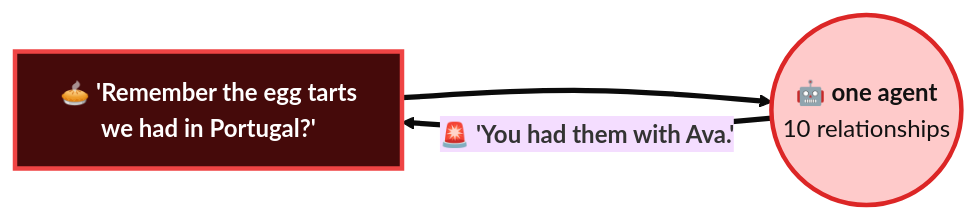
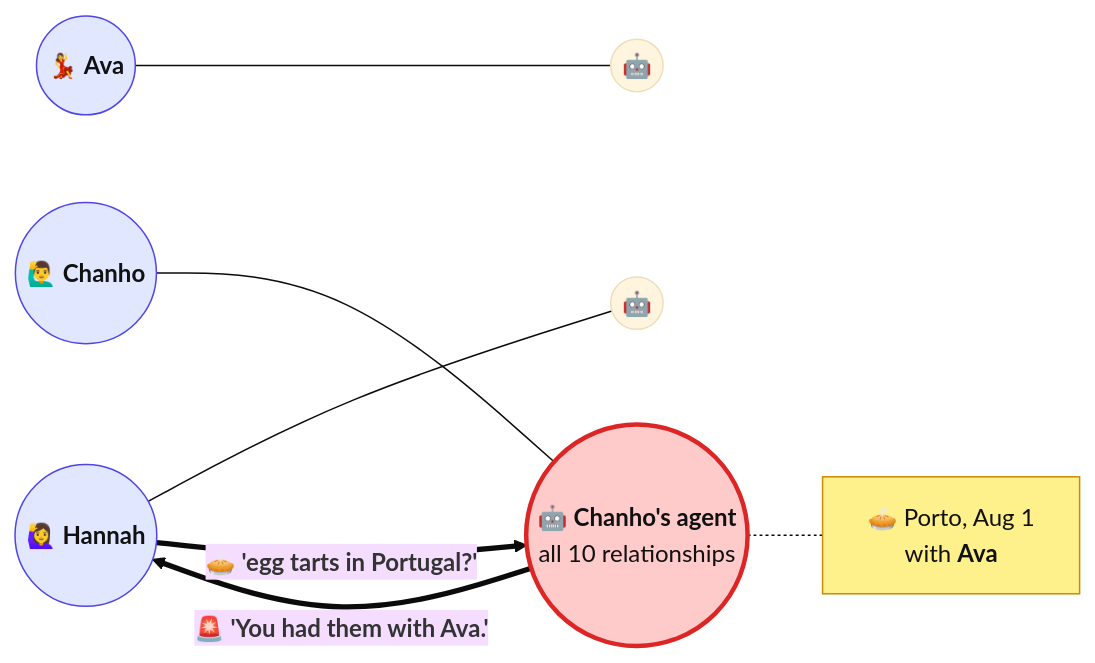
Before and after one commit to ainetwork-ai/relational-agents: the first of 2 diagrams in notion-data/content/demo.md, drawn with Mermaid (base theme). The commit also changed other lines of this file, not shown here.

First line of the commit message:
Match the pre-roll diagrams

````diff
--- a/notion-data/content/demo.md
+++ b/notion-data/content/demo.md
@@ -23,10 +23,18 @@
 ```mermaid
 flowchart LR
-    Q["`🥧 **'Remember the egg tarts
-    we had in Portugal?'**`"] ==> AG(("`🤖 **one agent**
-    10 relationships`"))
-    AG == "`🚨 **'You had them with Ava.'**`" ==> Q
+    H(("`🙋‍♀️ **Hannah**`")) --- HA(("🤖"))
+    A(("`💃 **Ava**`")) --- AA(("🤖"))
+    C(("`🙋‍♂️ **Chanho**`")) --- CA(("`🤖 **Chanho's agent**
+    all 10 relationships`"))
+    CA -.- MEM["`🥧 Porto, Aug 1
+    with **Ava**`"]
 
-    style Q fill:#450a0a,stroke:#ef4444,stroke-width:3px,color:#fff
-    style AG fill:#fecaca,stroke:#dc2626,stroke-width:3px,color:#111
+    H == "`🥧 **'egg tarts in Portugal?'**`" ==> CA
+    CA == "`🚨 **'You had them with Ava.'**`" ==> H
+
+    style H fill:#e0e7ff,stroke:#4f46e5,color:#111
+    style A fill:#e0e7ff,stroke:#4f46e5,color:#111
+    style C fill:#e0e7ff,stroke:#4f46e5,color:#111
+    style CA fill:#fecaca,stroke:#dc2626,stroke-width:3px,color:#111
+    style MEM fill:#fef08a,stroke:#ca8a04,color:#111
 ```
````
